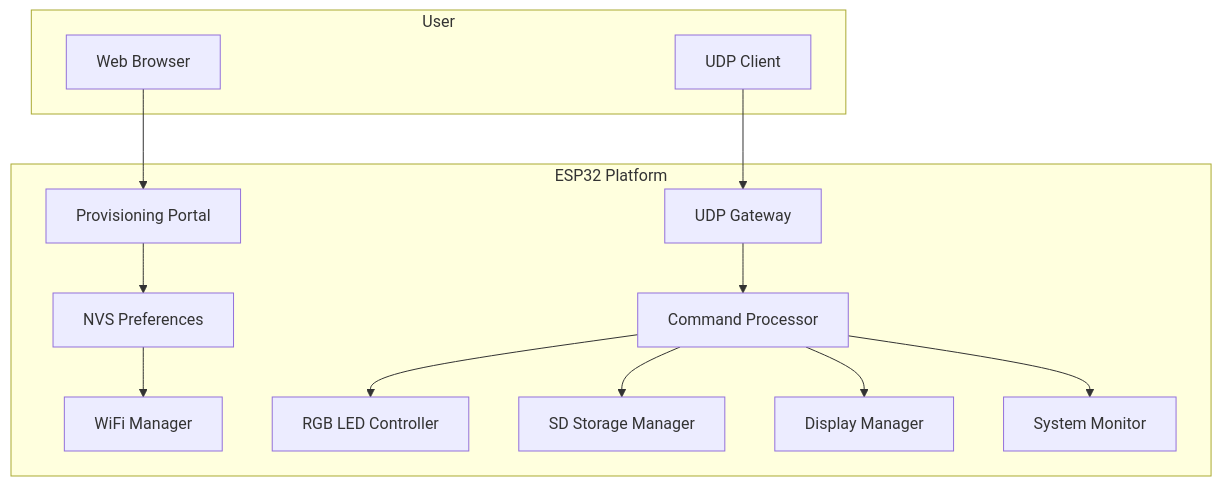
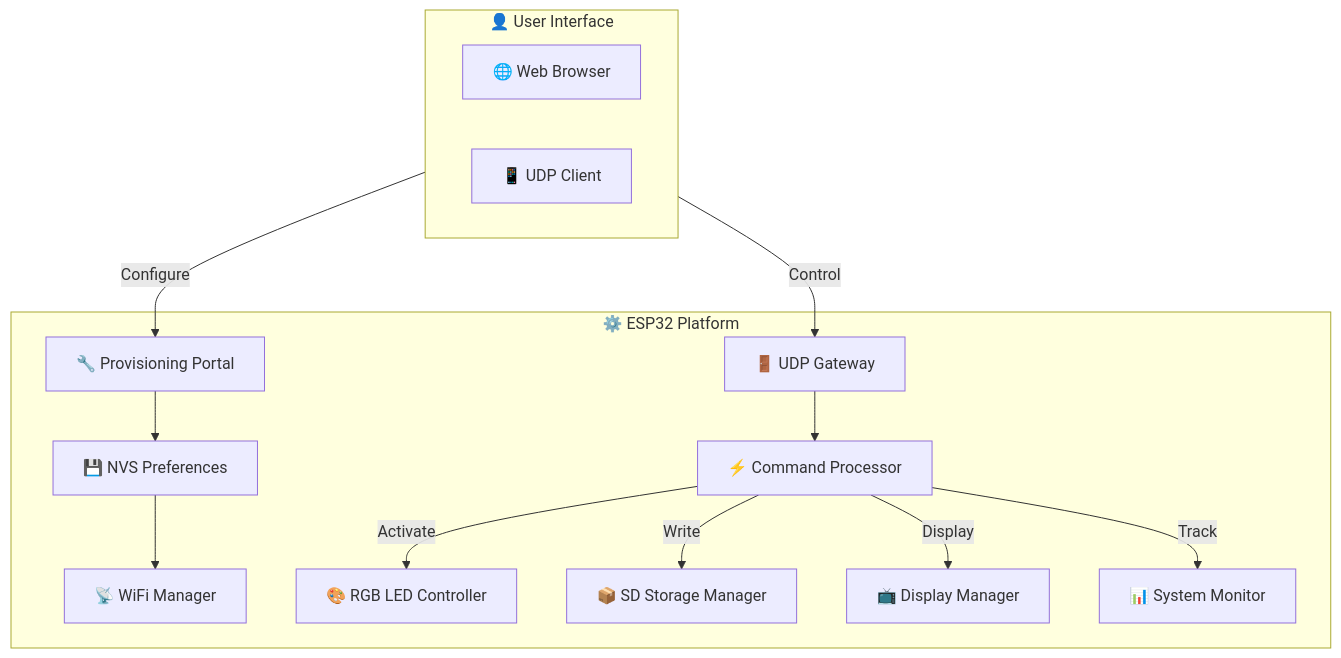
The first of 5 diagrams in README.md (paulocfmarques-collab/esp32_wifi), drawn with Mermaid before and after one commit. The commit also changed other lines of this file, not shown here.

````diff
--- a/README.md
+++ b/README.md
@@ -46,31 +116,31 @@
 ```mermaid
 flowchart TB
-    subgraph User
-        WEB[Web Browser]
-        CLIENT[UDP Client]
+    subgraph Input["👤 User Interface"]
+        WEB["🌐 Web Browser"]
+        CLIENT["📱 UDP Client"]
     end
 
-    subgraph ESP32 Platform
-        PORTAL[Provisioning Portal]
-        PREF[NVS Preferences]
-        WIFI[WiFi Manager]
-        GATEWAY[UDP Gateway]
-        CMD[Command Processor]
-        RGB[RGB LED Controller]
-        SD[SD Storage Manager]
-        DISP[Display Manager]
-        MON[System Monitor]
+    subgraph Core["⚙️ ESP32 Platform"]
+        PORTAL["🔧 Provisioning Portal"]
+        PREF["💾 NVS Preferences"]
+        WIFI["📡 WiFi Manager"]
+        GATEWAY["🚪 UDP Gateway"]
+        CMD["⚡ Command Processor"]
+        RGB["🎨 RGB LED Controller"]
+        SD["📦 SD Storage Manager"]
+        DISP["📺 Display Manager"]
+        MON["📊 System Monitor"]
     end
 
-    WEB --> PORTAL
+    Input -->|Configure| PORTAL
     PORTAL --> PREF
     PREF --> WIFI
-
-    CLIENT --> GATEWAY
+    
+    Input -->|Control| GATEWAY
     GATEWAY --> CMD
-
-    CMD --> RGB
-    CMD --> SD
-    CMD --> DISP
-    CMD --> MON
+    
+    CMD -->|Activate| RGB
+    CMD -->|Write| SD
+    CMD -->|Display| DISP
+    CMD -->|Track| MON
 ```
````
